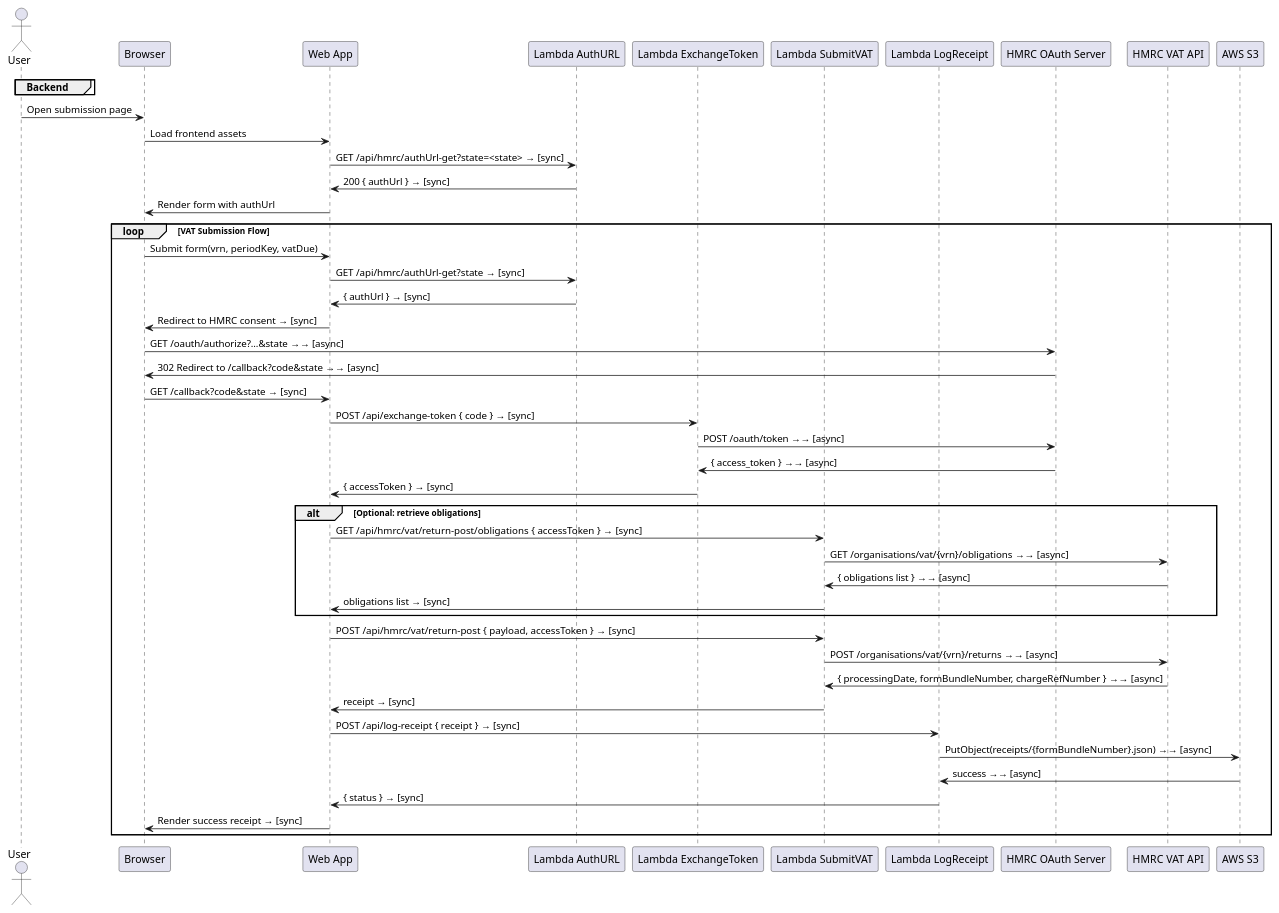
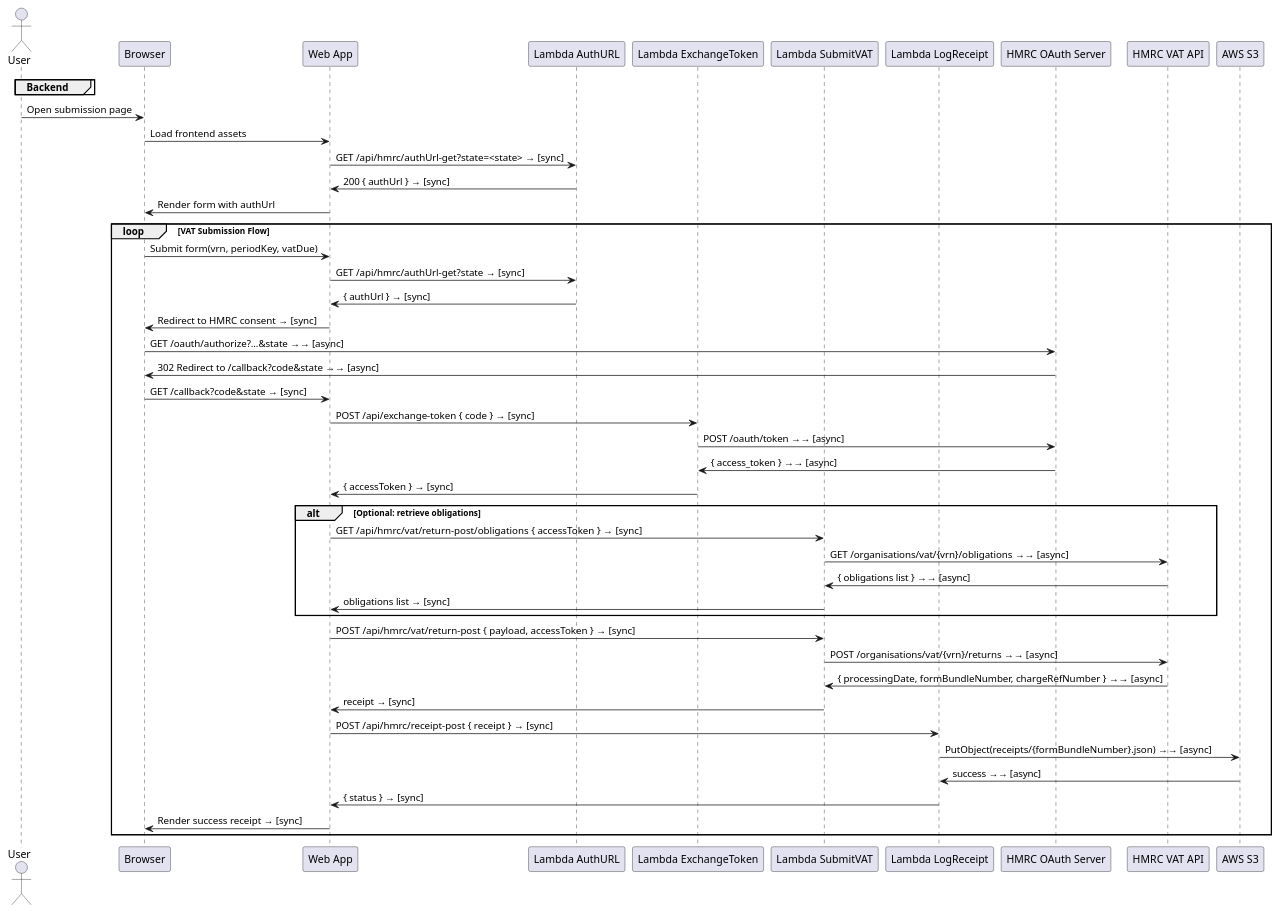
The diagram in _developers/SEQUENCE.plantuml (antonycc/submit.diyaccounting.co.uk), drawn with PlantUML before and after one commit. The commit also changed 39 other files, not shown here.

Commit message:
chore: rename log receipt API endpoint and update related references (#212)

```diff
--- a/_developers/SEQUENCE.plantuml
+++ b/_developers/SEQUENCE.plantuml
@@ -1,54 +1,54 @@
 @startuml
 actor User
 participant Browser
 participant "Web App" as App
 group Backend
   participant "Lambda AuthURL" as AuthUrl
   participant "Lambda ExchangeToken" as ExchangeToken
   participant "Lambda SubmitVAT" as SubmitVat
   participant "Lambda LogReceipt" as LogReceipt
 end
 participant "HMRC OAuth Server" as HMRCAuth
 participant "HMRC VAT API" as HMRCApi
 participant "AWS S3" as S3
 
 User -> Browser: Open submission page
 Browser -> App: Load frontend assets
 App -> AuthUrl: GET /api/hmrc/authUrl-get?state=<state> → [sync]
 AuthUrl -> App: 200 { authUrl } → [sync]
 App -> Browser: Render form with authUrl
 
 loop VAT Submission Flow
   Browser -> App: Submit form(vrn, periodKey, vatDue)
   App -> AuthUrl: GET /api/hmrc/authUrl-get?state → [sync]
   AuthUrl -> App: { authUrl } → [sync]
   App -> Browser: Redirect to HMRC consent → [sync]
   Browser -> HMRCAuth: GET /oauth/authorize?...&state →→ [async]
   HMRCAuth -> Browser: 302 Redirect to /callback?code&state →→ [async]
   Browser -> App: GET /callback?code&state → [sync]
 
   App -> ExchangeToken: POST /api/exchange-token { code } → [sync]
   ExchangeToken -> HMRCAuth: POST /oauth/token →→ [async]
   HMRCAuth -> ExchangeToken: { access_token } →→ [async]
   ExchangeToken -> App: { accessToken } → [sync]
 
   alt Optional: retrieve obligations
     App -> SubmitVat: GET /api/hmrc/vat/return-post/obligations { accessToken } → [sync]
     SubmitVat -> HMRCApi: GET /organisations/vat/{vrn}/obligations →→ [async]
     HMRCApi -> SubmitVat: { obligations list } →→ [async]
     SubmitVat -> App: obligations list → [sync]
   end
 
   App -> SubmitVat: POST /api/hmrc/vat/return-post { payload, accessToken } → [sync]
   SubmitVat -> HMRCApi: POST /organisations/vat/{vrn}/returns →→ [async]
   HMRCApi -> SubmitVat: { processingDate, formBundleNumber, chargeRefNumber } →→ [async]
   SubmitVat -> App: receipt → [sync]
 
-  App -> LogReceipt: POST /api/log-receipt { receipt } → [sync]
+  App -> LogReceipt: POST /api/hmrc/receipt-post { receipt } → [sync]
   LogReceipt -> S3: PutObject(receipts/{formBundleNumber}.json) →→ [async]
   S3 -> LogReceipt: success →→ [async]
   LogReceipt -> App: { status } → [sync]
 
   App -> Browser: Render success receipt → [sync]
 end
 @enduml
```
